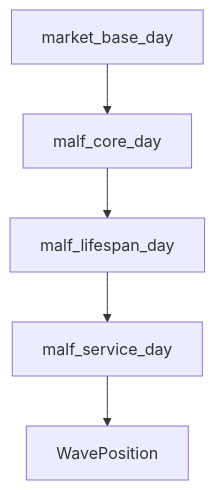
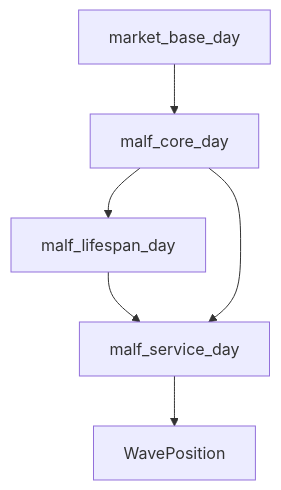
Before and after one commit to everything-is-simple/Asteria: the first of 2 diagrams in docs/02-modules/malf/02-database-schema-spec-v1.md, drawn with Mermaid. The commit also changed other lines of this file and 2 other files, not shown here.

````diff
--- a/docs/02-modules/malf/02-database-schema-spec-v1.md
+++ b/docs/02-modules/malf/02-database-schema-spec-v1.md
@@ -21,7 +21,8 @@
 ```mermaid
 flowchart TD
     A[market_base_day] --> B[malf_core_day]
     B --> C[malf_lifespan_day]
     C --> D[malf_service_day]
+    B --> D
     D --> E[WavePosition]
 ```
````
